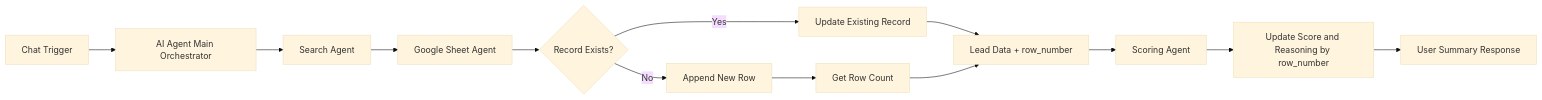
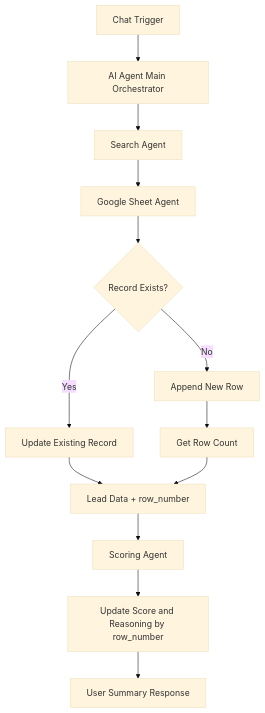
Before and after one commit to vaisakhsrinivas/n8n-workflows: the diagram in README.md, drawn with Mermaid (base theme).

Commit message:
updating the design flow layout

````diff
--- a/README.md
+++ b/README.md
@@ -17,15 +17,15 @@
 ```mermaid
-flowchart LR
+flowchart TD
     A[Chat Trigger] --> B[AI Agent Main Orchestrator]
     B --> C[Search Agent]
     C --> D[Google Sheet Agent]
     D --> E{Record Exists?}
     E -->|Yes| F[Update Existing Record]
     E -->|No| G[Append New Row]
     G --> H[Get Row Count]
     F --> I[Lead Data + row_number]
     H --> I
     I --> J[Scoring Agent]
     J --> K[Update Score and Reasoning by row_number]
     K --> L[User Summary Response]
 ```
````
